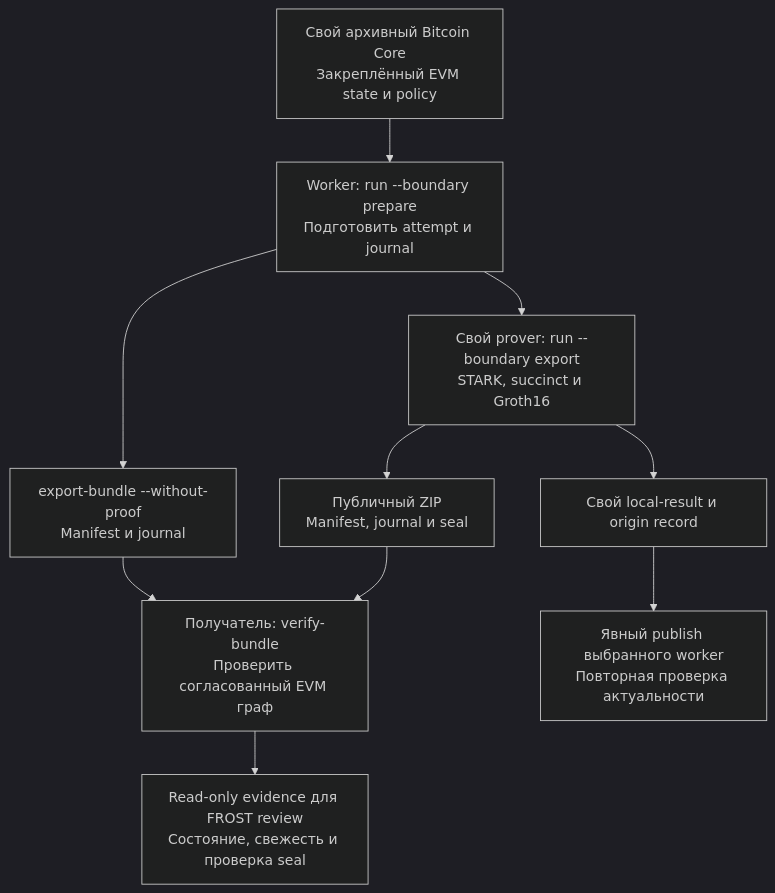
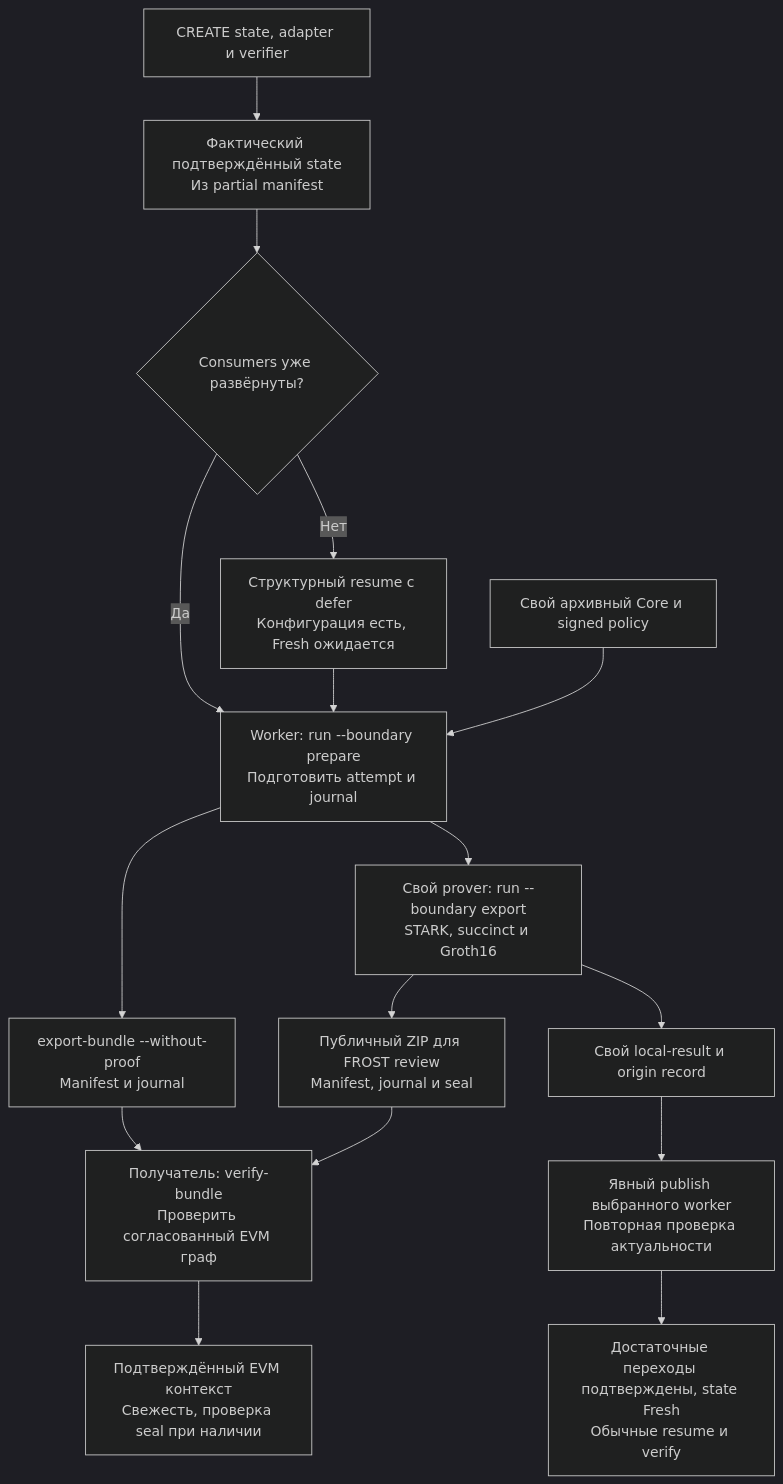
Before and after one commit to SergeyBelets/SatFiSetup: the third of 4 diagrams in docs/DISTRIBUTION.md, drawn with Mermaid (dark theme). The commit also changed other lines of this file and 364 other files, not shown here.

````diff
--- a/docs/DISTRIBUTION.md
+++ b/docs/DISTRIBUTION.md
@@ -234,14 +246,20 @@
 ```mermaid
 flowchart TD
     accTitle: Подготовка, proving и публичная проверка одного перехода
-    accDescr: Режим prepare готовит входы по локальным RPC. Prover рассчитывает seal и может отдать публичный ZIP. Получатель сверяет доказательство и EVM контекст, а публикация использует собственный результат publisher.
-    CORE["Свой архивный Bitcoin Core<br/>Закреплённый EVM state и policy"] --> PREP["Worker: run --boundary prepare<br/>Подготовить attempt и journal"]
+    accDescr: После CREATE берут фактический state из manifest. Если адресов consumers ещё нет, структурный resume с defer разворачивает их до proving. Затем prover вычисляет seal, а участники FROST проверяют ZIP через свои EVM RPC. Для Fresh publisher отправляет результат своего worker.
+    CREATE["CREATE state, adapter и verifier"] --> MAN["Фактический подтверждённый state<br/>Из partial manifest"]
+    MAN --> CONSUMERS{"Consumers уже развёрнуты?"}
+    CONSUMERS -->|"Нет"| DEFER["Структурный resume с defer<br/>Конфигурация есть, Fresh ожидается"]
+    CONSUMERS -->|"Да"| PREP
+    DEFER --> PREP["Worker: run --boundary prepare<br/>Подготовить attempt и journal"]
+    CORE["Свой архивный Core и signed policy"] --> PREP
     PREP --> PREVIEW["export-bundle --without-proof<br/>Manifest и journal"]
     PREP --> PROVE["Свой prover: run --boundary export<br/>STARK, succinct и Groth16"]
-    PROVE --> ZIP["Публичный ZIP<br/>Manifest, journal и seal"]
+    PROVE --> ZIP["Публичный ZIP для FROST review<br/>Manifest, journal и seal"]
     PREVIEW --> CHECK["Получатель: verify-bundle<br/>Проверить согласованный EVM граф"]
     ZIP --> CHECK
-    CHECK --> REVIEW["Read-only evidence для FROST review<br/>Состояние, свежесть и проверка seal"]
+    CHECK --> REVIEW["Подтверждённый EVM контекст<br/>Свежесть, проверка seal при наличии"]
     PROVE --> OWN["Свой local-result и origin record"]
     OWN --> PUB["Явный publish выбранного worker<br/>Повторная проверка актуальности"]
+    PUB --> FRESH["Достаточные переходы подтверждены, state Fresh<br/>Обычные resume и verify"]
 ```
````
